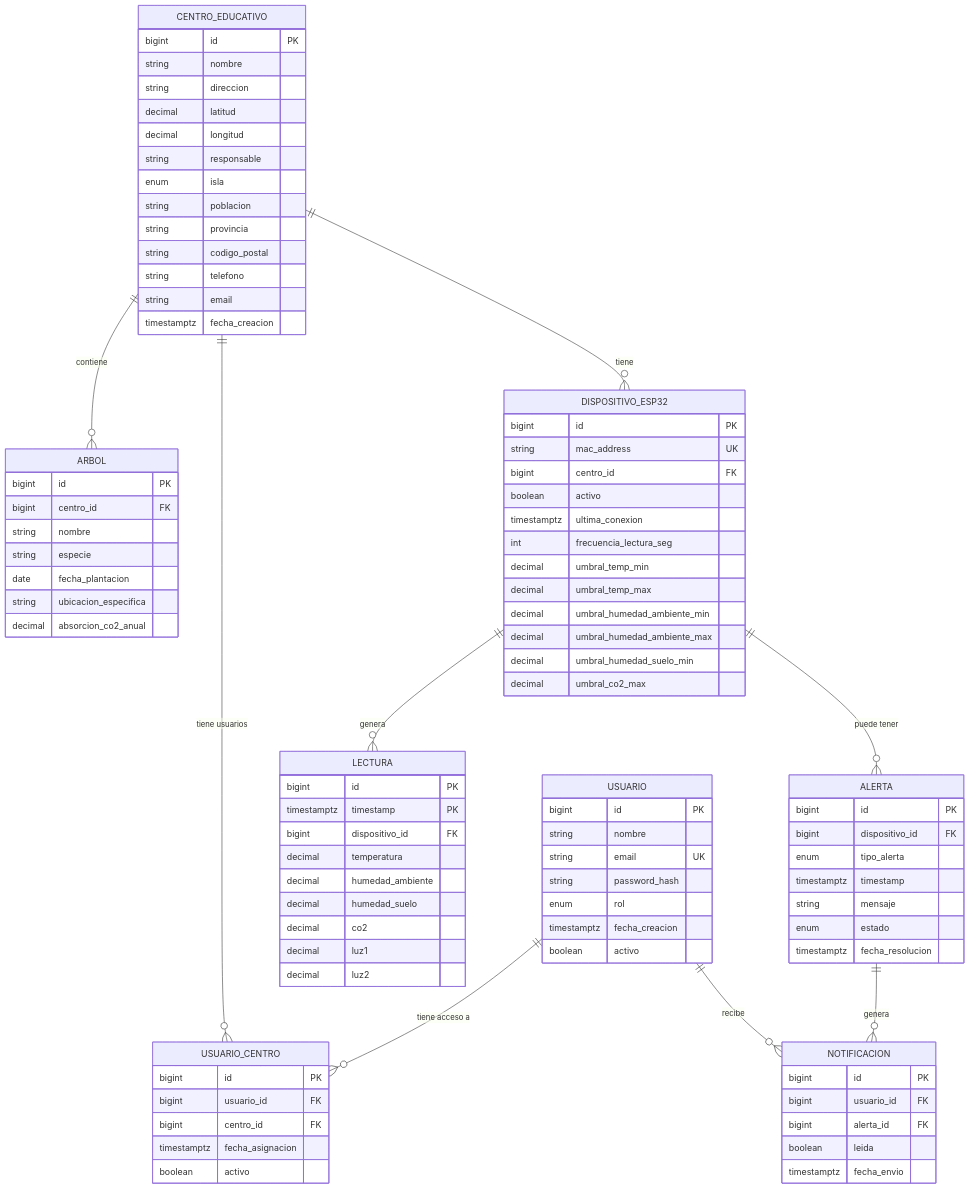
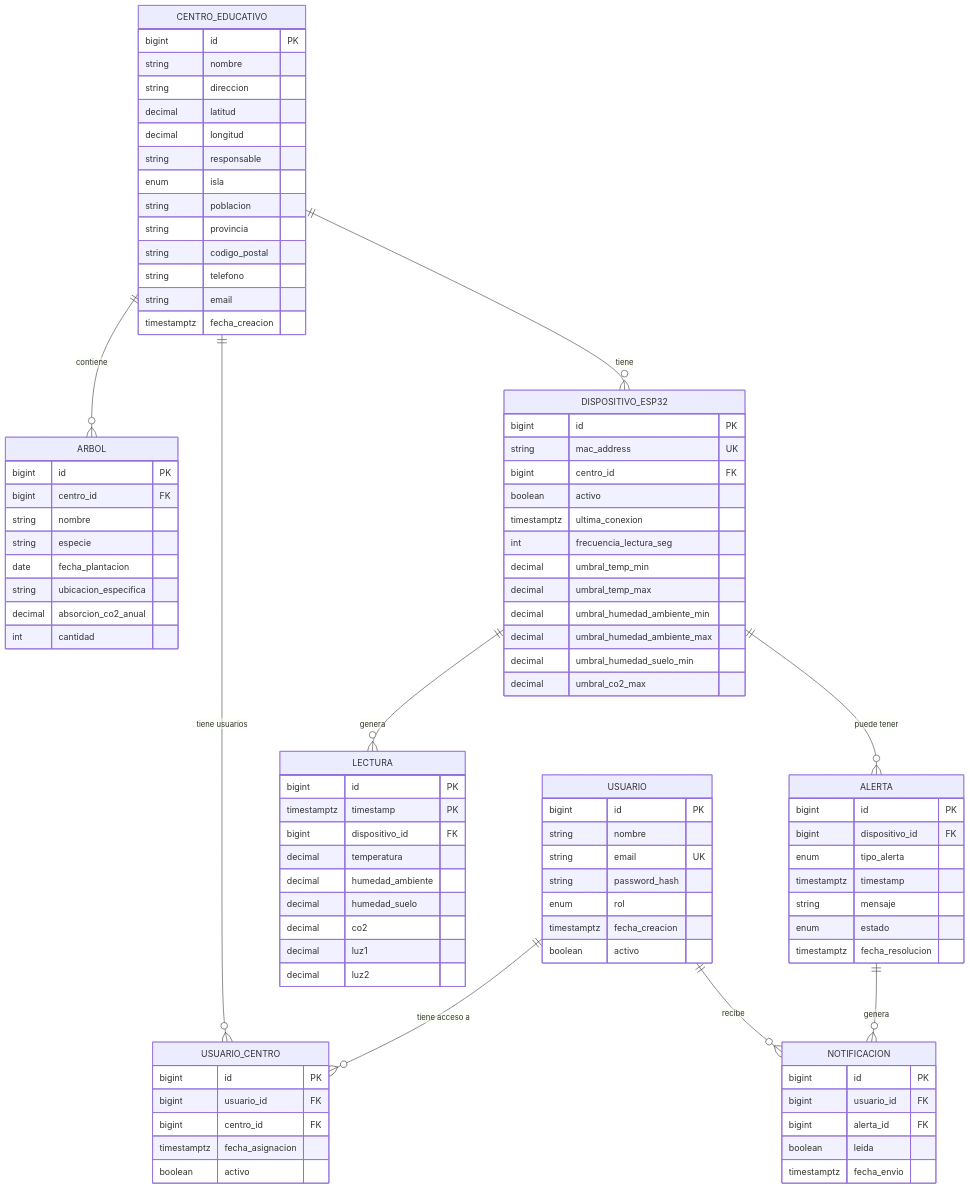
The first of 2 diagrams in docs/04. MODELO_DATOS.md (riordi80/vocational-training-final-project), drawn with Mermaid before and after one commit. The commit also changed other lines of this file and 15 other files, not shown here.

```diff
--- a/docs/04. MODELO_DATOS.md
+++ b/docs/04. MODELO_DATOS.md
@@ -92,6 +92,7 @@
         date fecha_plantacion
         string ubicacion_especifica
         decimal absorcion_co2_anual
+        int cantidad
     }
 
     DISPOSITIVO_ESP32 {
```
